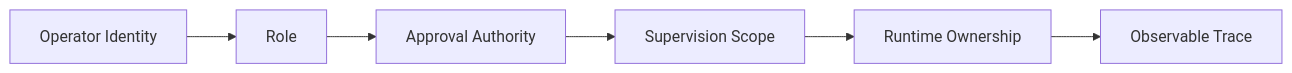
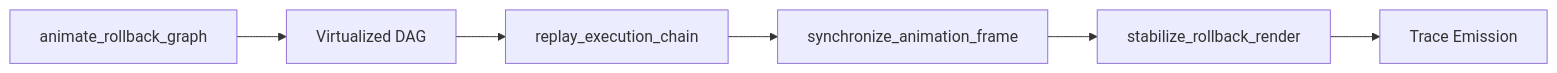
One commit to FrostXMello/odin-runtime changed the second of 6 diagrams in README.md. Above: the diagram before and after it, drawn with Mermaid. The commit also changed other lines of this file and 6 other files, not shown here.

````diff
--- a/README.md
+++ b/README.md
@@ -84,8 +89,8 @@
 ```mermaid
 flowchart LR
-    ID[Operator Identity] --> ROLE[Role]
-    ROLE --> AUTH[Approval Authority]
-    AUTH --> SCOPE[Supervision Scope]
-    SCOPE --> OWN[Runtime Ownership]
-    OWN --> TRACE[Observable Trace]
+    INIT[animate_rollback_graph] --> DAG[Virtualized DAG]
+    DAG --> REPLAY[replay_execution_chain]
+    REPLAY --> SYNC[synchronize_animation_frame]
+    SYNC --> STAB[stabilize_rollback_render]
+    STAB --> TRACE[Trace Emission]
 ```
````
